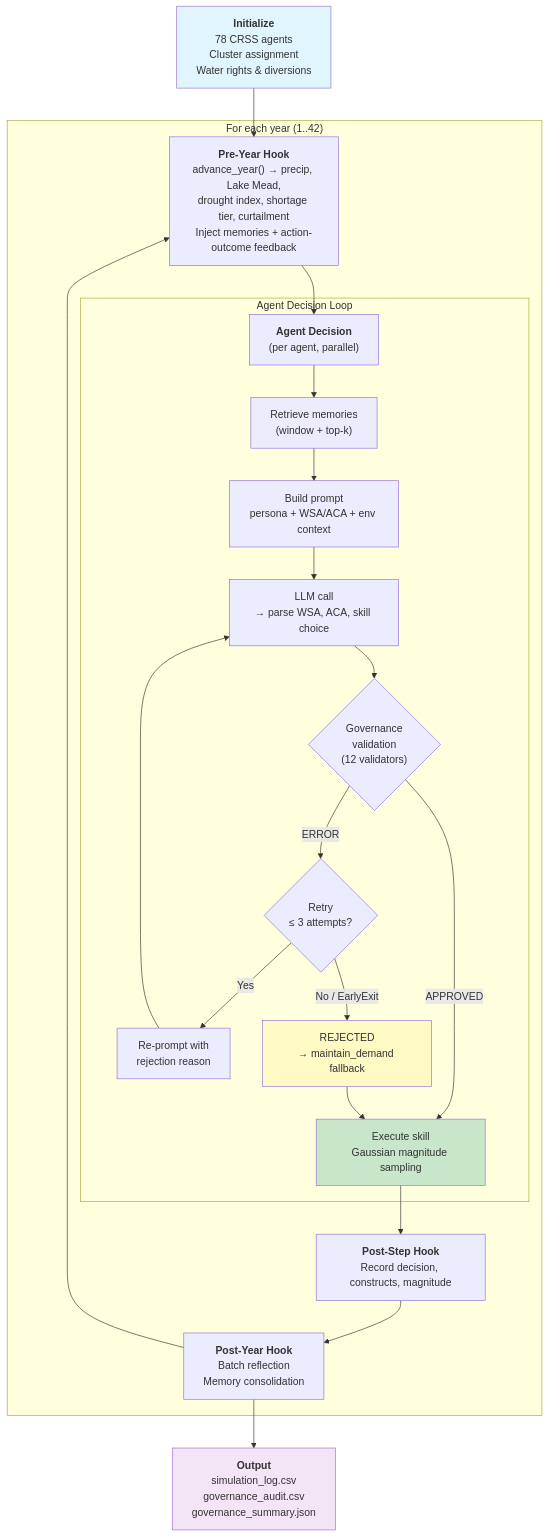
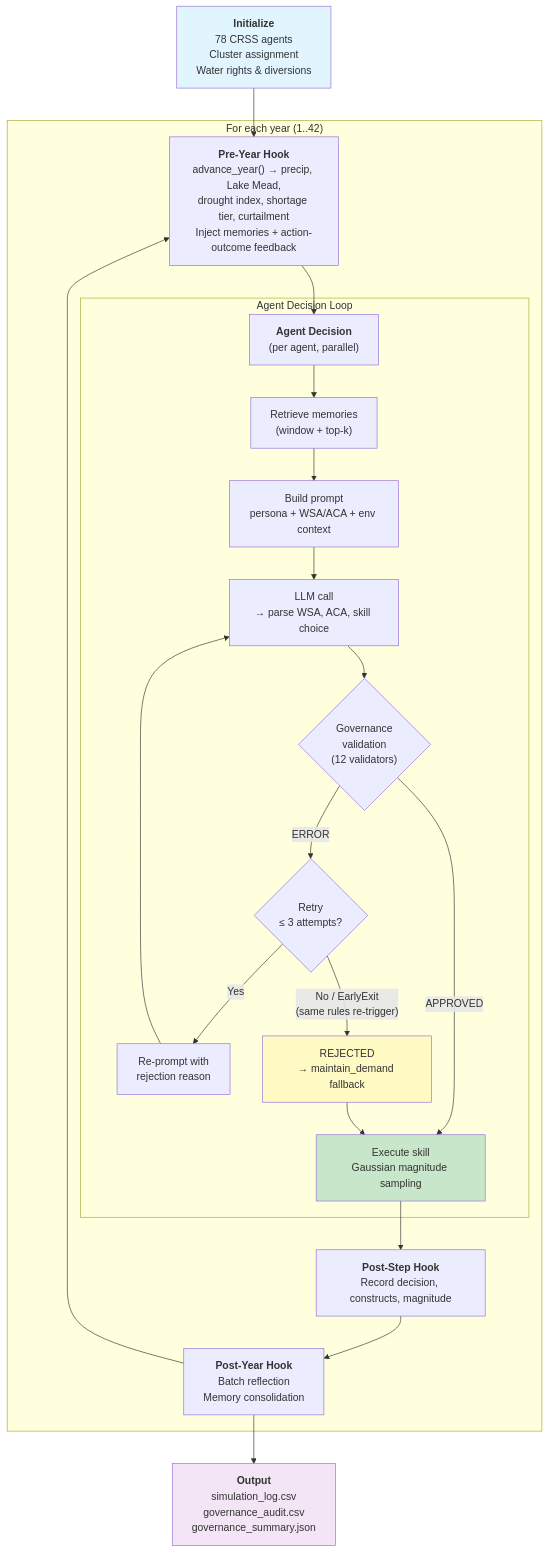
Before and after one commit to WenyuChiou/WAGF: the first of 3 diagrams in examples/irrigation_abm/README.md, drawn with Mermaid. The commit also changed other lines of this file, not shown here.

````diff
--- a/examples/irrigation_abm/README.md
+++ b/examples/irrigation_abm/README.md
@@ -161,34 +161,34 @@
 ```mermaid
 flowchart TD
     A["<b>Initialize</b><br/>78 CRSS agents<br/>Cluster assignment<br/>Water rights & diversions"] --> B
 
     subgraph YEAR ["For each year (1..42)"]
         B["<b>Pre-Year Hook</b><br/>advance_year() → precip, Lake Mead,<br/>drought index, shortage tier, curtailment<br/>Inject memories + action-outcome feedback"]
 
         B --> C["<b>Agent Decision</b><br/>(per agent, parallel)"]
 
         subgraph AGENT ["Agent Decision Loop"]
             C --> D["Retrieve memories<br/>(window + top-k)"]
             D --> E["Build prompt<br/>persona + WSA/ACA + env context"]
             E --> F["LLM call<br/>→ parse WSA, ACA, skill choice"]
             F --> G{"Governance<br/>validation<br/>(12 validators)"}
             G -->|APPROVED| H["Execute skill<br/>Gaussian magnitude sampling"]
             G -->|ERROR| I{"Retry<br/>≤ 3 attempts?"}
             I -->|Yes| J["Re-prompt with<br/>rejection reason"]
             J --> F
-            I -->|No / EarlyExit| K["REJECTED<br/>→ maintain_demand fallback"]
+            I -->|"No / EarlyExit<br/>(same rules re-trigger)"| K["REJECTED<br/>→ maintain_demand fallback"]
             K --> H
         end
 
         H --> L["<b>Post-Step Hook</b><br/>Record decision, constructs, magnitude"]
         L --> M["<b>Post-Year Hook</b><br/>Batch reflection<br/>Memory consolidation"]
         M --> B
     end
 
     M --> N["<b>Output</b><br/>simulation_log.csv<br/>governance_audit.csv<br/>governance_summary.json"]
 
     style A fill:#e1f5fe
     style H fill:#c8e6c9
     style K fill:#fff9c4
     style N fill:#f3e5f5
 ```
````
